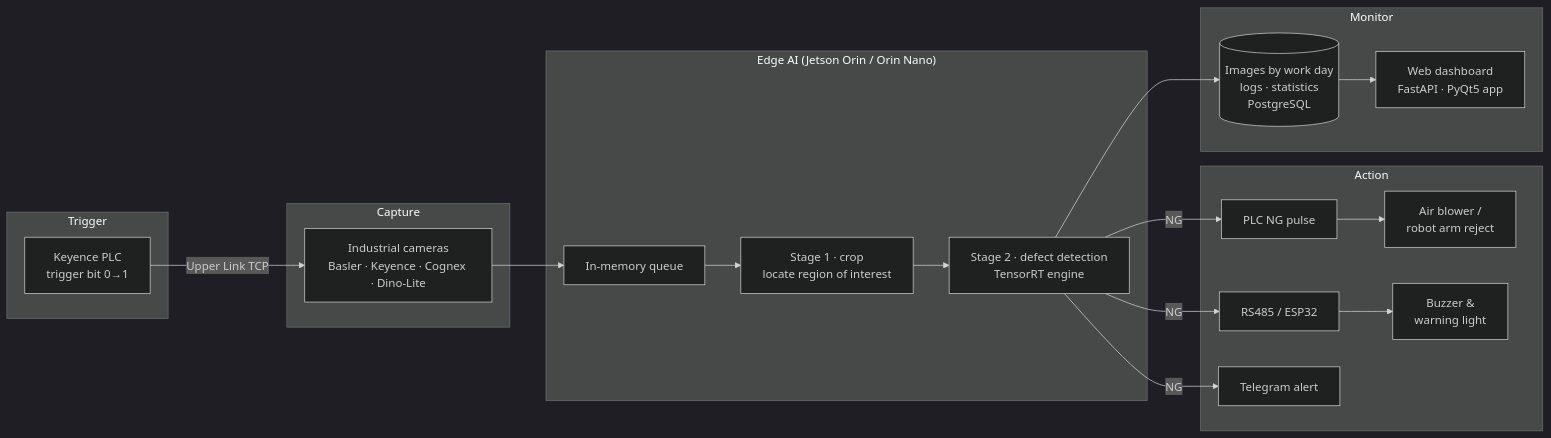
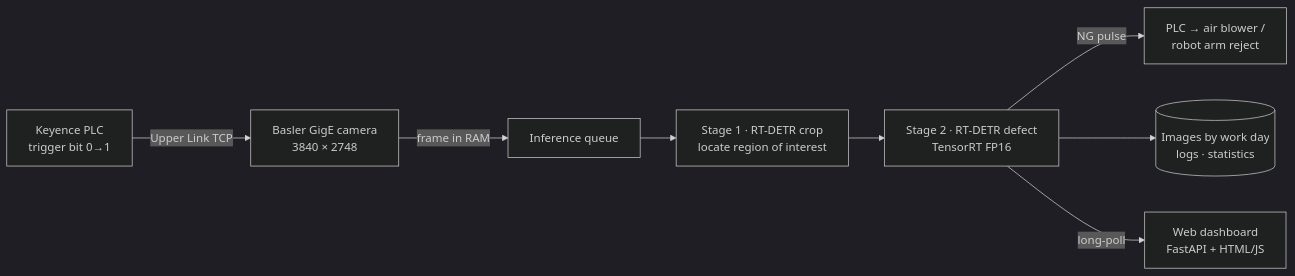
One commit to LinhNhat07/Industrial-AI-Visual-Inspection-System changed the first of 2 diagrams in README.md. Above: the diagram before and after it, drawn with Mermaid (dark theme). The commit also changed other lines of this file, not shown here.

````diff
--- a/README.md
+++ b/README.md
@@ -46,28 +44,10 @@
 ```mermaid
 flowchart LR
-    subgraph Trigger
-        PLCIN[Keyence PLC<br/>trigger bit 0→1]
-    end
-    subgraph Capture
-        CAM[Industrial cameras<br/>Basler · Keyence · Cognex · Dino-Lite]
-    end
-    subgraph Edge["Edge AI (Jetson Orin / Orin Nano)"]
-        Q[In-memory queue]
-        S1[Stage 1 · crop<br/>locate region of interest]
-        S2[Stage 2 · defect detection<br/>TensorRT engine]
-    end
-    subgraph Action
-        PLCOUT[PLC NG pulse] --> REJ[Air blower /<br/>robot arm reject]
-        IO[RS485 / ESP32] --> ALARM[Buzzer &<br/>warning light]
-        TG[Telegram alert]
-    end
-    subgraph Monitor
-        STORE[(Images by work day<br/>logs · statistics<br/>PostgreSQL)]
-        UI[Web dashboard<br/>FastAPI · PyQt5 app]
-    end
-    PLCIN -->|Upper Link TCP| CAM --> Q --> S1 --> S2
-    S2 -- NG --> PLCOUT
-    S2 -- NG --> IO
-    S2 -- NG --> TG
-    S2 --> STORE --> UI
+    PLCIN[Keyence PLC<br/>trigger bit 0→1] -->|Upper Link TCP| CAM[Basler GigE camera<br/>3840 × 2748]
+    CAM -->|frame in RAM| Q[Inference queue]
+    Q --> S1[Stage 1 · RT-DETR crop<br/>locate region of interest]
+    S1 --> S2[Stage 2 · RT-DETR defect<br/>TensorRT FP16]
+    S2 -- NG pulse --> PLCOUT[PLC → air blower /<br/>robot arm reject]
+    S2 --> STORE[(Images by work day<br/>logs · statistics)]
+    S2 -->|long-poll| UI[Web dashboard<br/>FastAPI + HTML/JS]
 ```
````
